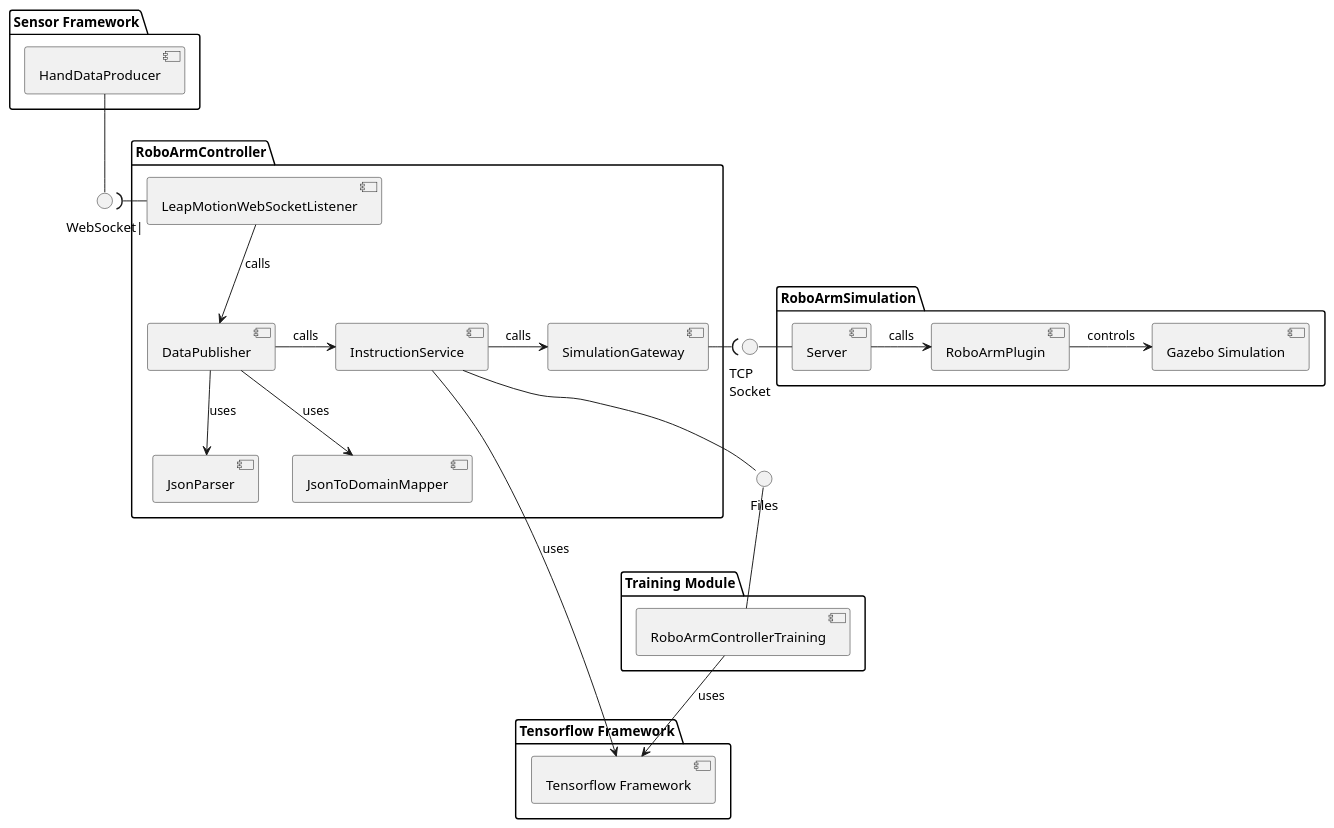
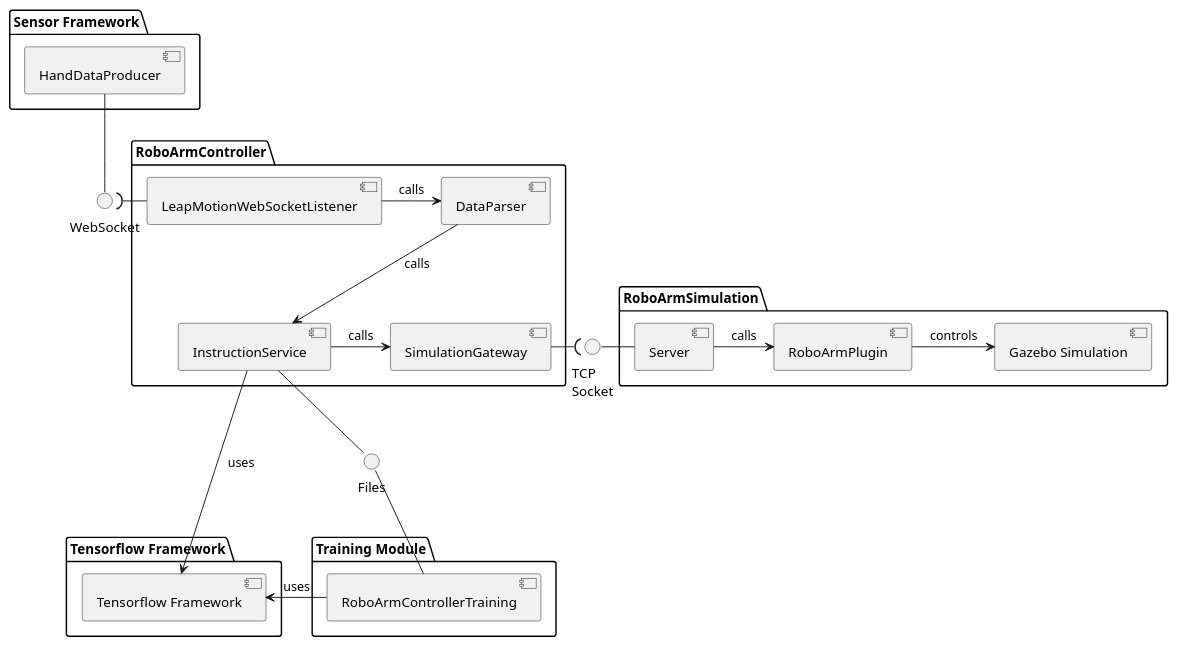
Before and after one commit to ellerenad/RoboArmController: the diagram in src/architecture/components/components.puml, drawn with PlantUML. The commit also changed 3 other files, not shown here.

Commit message:
- Refactored names of components. - Simplified components diagram.

```diff
--- a/src/architecture/components/components.puml
+++ b/src/architecture/components/components.puml
@@ -1,58 +1,54 @@
 @startuml
 
 package "Sensor Framework" {
     component "HandDataProducer" as HandDataProducer
 }
 
-interface "WebSocket|" as WebSocketServer
+interface "WebSocket" as WebSocketServer
 HandDataProducer -- WebSocketServer
 
 package "RoboArmController" {
     component "LeapMotionWebSocketListener" as WebSocketClient
-    component "DataPublisher" as DataPublisher
-    component "JsonParser" as Parser
-    component "JsonToDomainMapper" as Mapper
+    component "DataParser" as DataParser
     component "InstructionService" as InstructionService
     component "SimulationGateway" as SimulationGateway
 
     WebSocketServer )- WebSocketClient
-    WebSocketClient --> DataPublisher: calls
-    DataPublisher --> Parser: uses
-    DataPublisher --> Mapper: uses
-    DataPublisher -> InstructionService: calls
+    WebSocketClient -> DataParser: calls
+    DataParser --> InstructionService: calls
     InstructionService -> SimulationGateway: calls
 }
 
 interface "TCP\nSocket" as SocketServer
 SimulationGateway -( SocketServer
 
 package "Tensorflow Framework" {
     component "Tensorflow Framework" as MLFramework
-    InstructionService ----> MLFramework: uses
+    InstructionService -> MLFramework: uses
 
 }
 
 package "Training Module" {
     component "RoboArmControllerTraining" as ModelGenerator
     ModelGenerator -> MLFramework: uses
 }
 
 interface "Files" as Files
 
 Files -- ModelGenerator
 InstructionService -- Files
 
 
 package RoboArmSimulation {
     component "Server" as InstructionServer
     component "Gazebo Simulation" as Simulation
     component "RoboArmPlugin" as ControllerPlugin
 
     InstructionServer -> ControllerPlugin: calls
     ControllerPlugin -> Simulation: controls
     SocketServer - InstructionServer
 }
 
 
 
 @enduml
```
